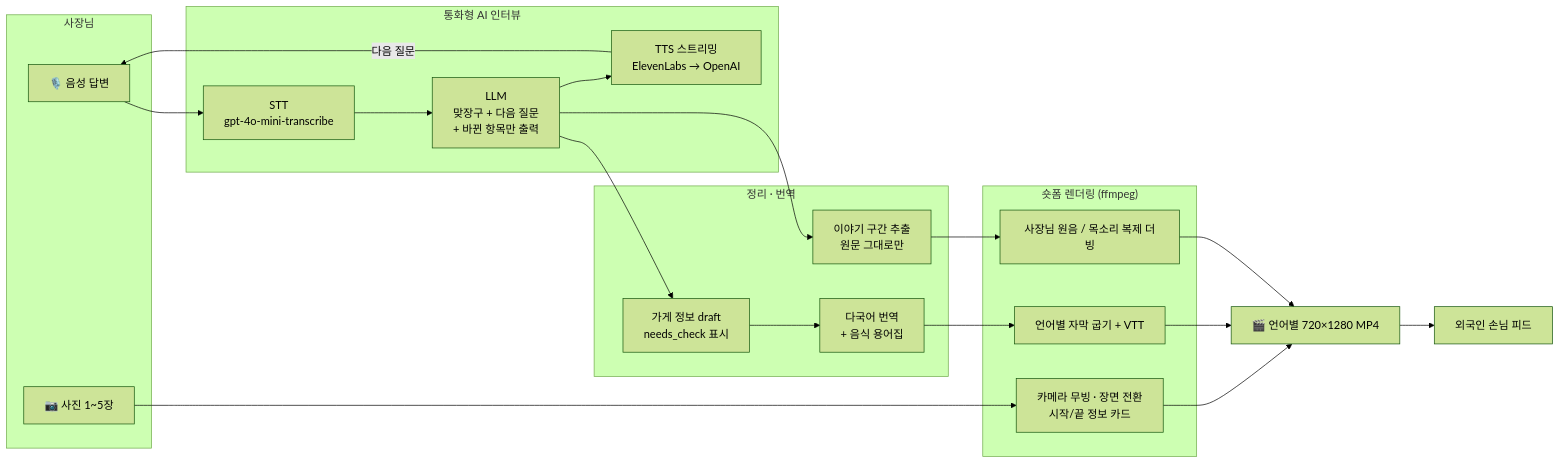
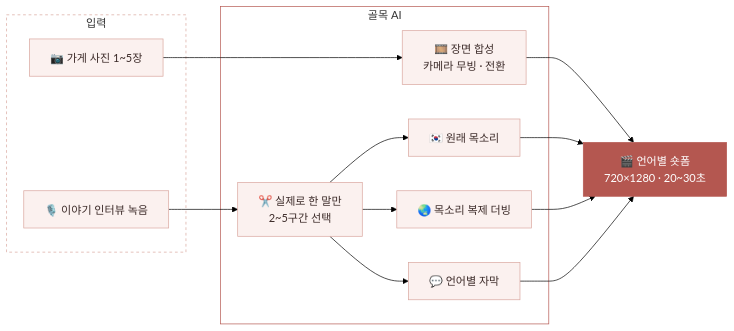
One commit to ejjunm/golmok changed the second of 2 diagrams in README.md. Above: the diagram before and after it, drawn with Mermaid (forest theme). The commit also changed other lines of this file, not shown here.

````diff
--- a/README.md
+++ b/README.md
@@ -124,34 +138,29 @@
 ```mermaid
 flowchart LR
-    subgraph M["사장님"]
-        V["🎙️ 음성 답변"]
-        P["📷 사진 1~5장"]
+    subgraph IN["입력"]
+        P["📷 가게 사진 1~5장"]
+        V["🎙️ 이야기 인터뷰 녹음"]
     end
 
-    subgraph I["통화형 AI 인터뷰"]
-        STT["STT<br>gpt-4o-mini-transcribe"]
-        LLM["LLM<br>맞장구 + 다음 질문<br>+ 바뀐 항목만 출력"]
-        TTS["TTS 스트리밍<br>ElevenLabs → OpenAI"]
+    subgraph AI["골목 AI"]
+        R["🎞️ 장면 합성<br>카메라 무빙 · 전환"]
+        Q["✂️ 실제로 한 말만<br>2~5구간 선택"]
+        KO["🇰🇷 원래 목소리"]
+        FX["🌏 목소리 복제 더빙"]
+        SUB["💬 언어별 자막"]
     end
 
-    subgraph N["정리 · 번역"]
-        D["가게 정보 draft<br>needs_check 표시"]
-        Q["이야기 구간 추출<br>원문 그대로만"]
-        T["다국어 번역<br>+ 음식 용어집"]
-    end
+    OUT["🎬 언어별 숏폼<br>720×1280 · 20~30초"]
 
-    subgraph F["숏폼 렌더링 (ffmpeg)"]
-        R["카메라 무빙 · 장면 전환<br>시작/끝 정보 카드"]
-        S["언어별 자막 굽기 + VTT"]
-        A["사장님 원음 / 목소리 복제 더빙"]
-    end
+    P --> R
+    V --> Q
+    Q --> KO & FX & SUB
+    R & KO & FX & SUB --> OUT
 
-    V --> STT --> LLM --> TTS -->|다음 질문| V
-    LLM --> D --> T
-    LLM --> Q
-    P --> R
-    Q --> A
-    T --> S
-    R & S & A --> OUT["🎬 언어별 720×1280 MP4"]
-    OUT --> FEED["외국인 손님 피드"]
+    classDef node fill:#FBF1EF,stroke:#D9A69E,color:#3B2A28
+    classDef out fill:#B45750,stroke:#B45750,color:#FFFFFF
+    class P,V,R,Q,KO,FX,SUB node
+    class OUT out
+    style IN fill:transparent,stroke:#D9A69E,stroke-dasharray:4 4
+    style AI fill:transparent,stroke:#B45750
 ```
````
